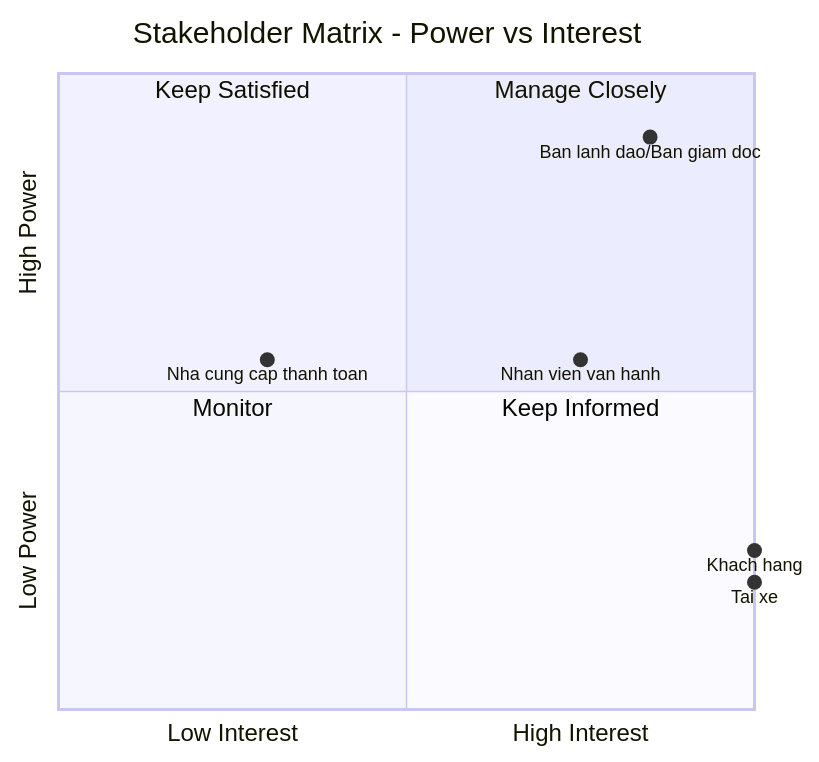
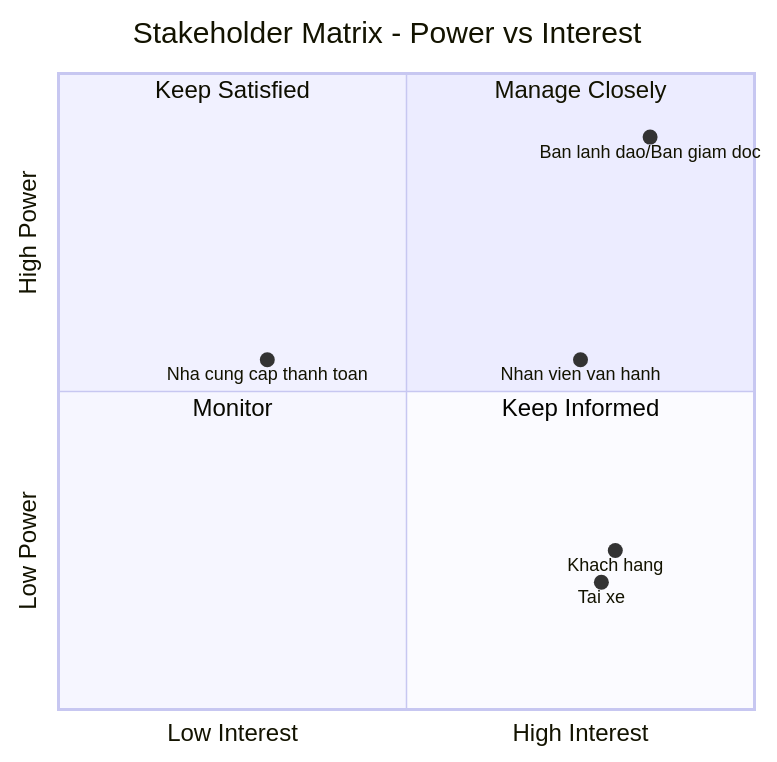
Before and after one commit to BaMin-ui/23677001_DangThePhuc_CABSYSTEM: the first of 3 diagrams in srs.md, drawn with Mermaid. The commit also changed other lines of this file, not shown here.

````diff
--- a/srs.md
+++ b/srs.md
@@ -29,15 +19,15 @@
 ```mermaid
 quadrantChart
     title Stakeholder Matrix - Power vs Interest
     x-axis Low Interest --> High Interest
     y-axis Low Power --> High Power
     quadrant-1 Manage Closely
     quadrant-2 Keep Satisfied
     quadrant-3 Monitor
     quadrant-4 Keep Informed
     Ban lanh dao/Ban giam doc: [0.85, 0.9]
     Nhan vien van hanh: [0.75, 0.55]
-    Khach hang: [1, 0.25]
-    Tai xe: [1, 0.2]
+    Khach hang: [0.8, 0.25]
+    Tai xe: [0.78, 0.2]
     Nha cung cap thanh toan: [0.3, 0.55]
 ```
````
